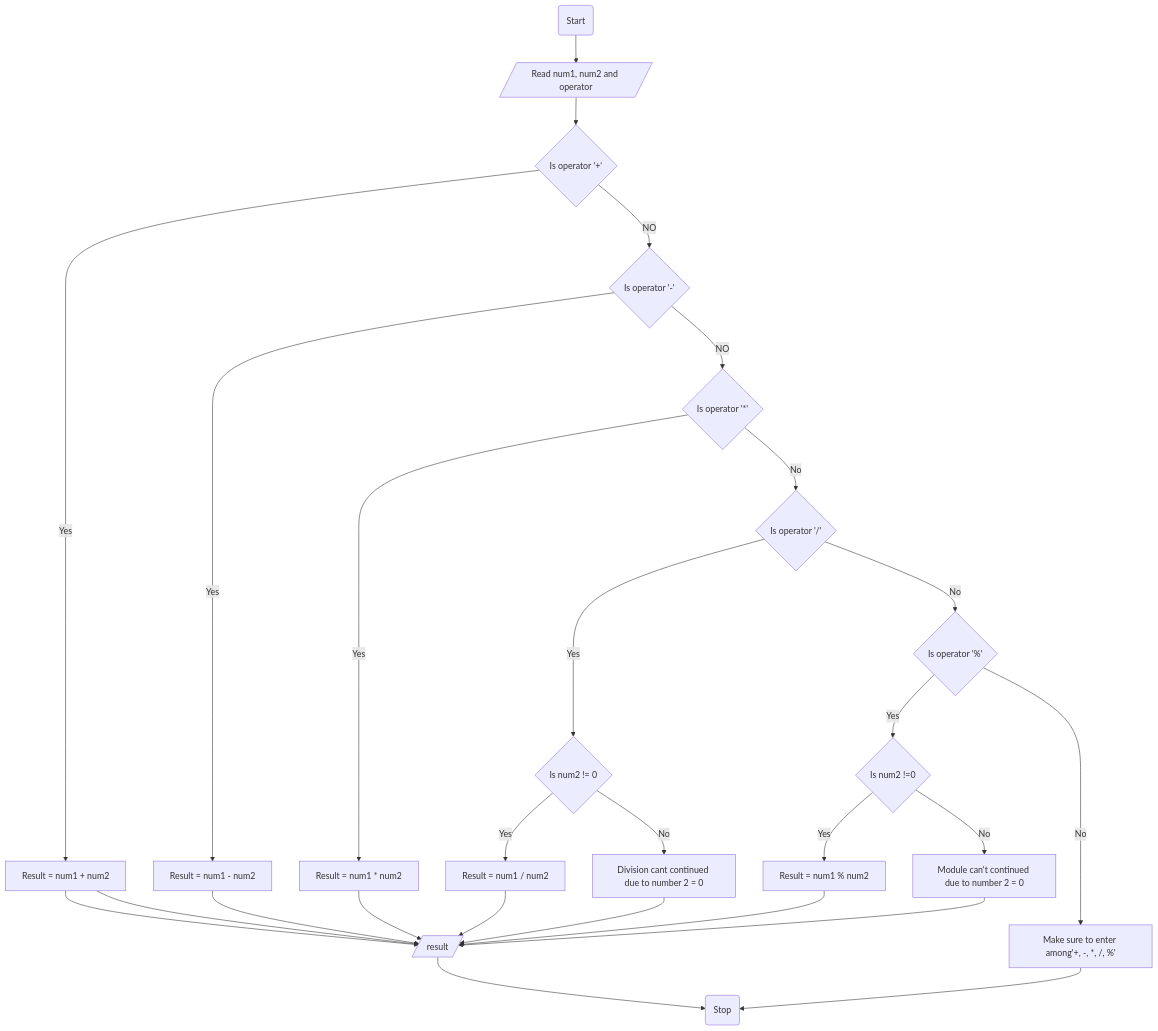
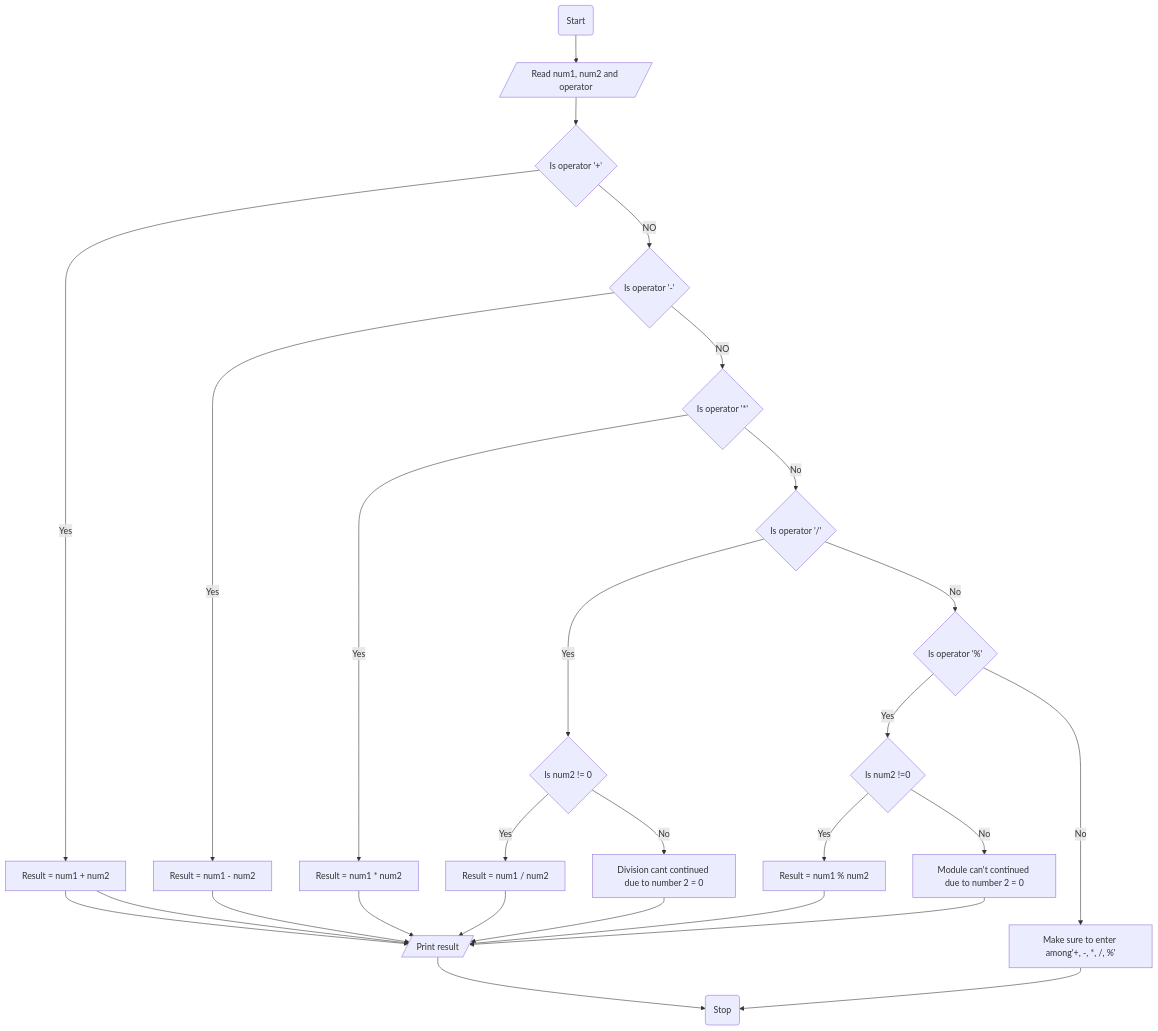
One commit to SWEG-2015EC-Batch/Code-Warrior changed the diagram in ETS1351_15_Yabets_Maregn/simple_calculator/flowchart.md. Above: the diagram before and after it, drawn with Mermaid.

````diff
--- a/ETS1351_15_Yabets_Maregn/simple_calculator/flowchart.md
+++ b/ETS1351_15_Yabets_Maregn/simple_calculator/flowchart.md
@@ -1,29 +1,29 @@
 ```mermaid
 graph TD
 A(Start) --> B[/Read num1, num2 and operator/]
 B --> C{Is operator '+'}
 C -- Yes --> D[Result = num1 + num2]
 C -- NO --> E{Is operator '-'}
 E -- Yes --> F[Result = num1 - num2]
 E -- NO --> G{Is operator '*'}
 G -- Yes --> H[Result = num1 * num2]
 G -- No --> I{Is operator '/'}
 I -- Yes --> J{Is num2 != 0}
 J -- Yes --> K[Result = num1 / num2]
 J -- No --> L[Division cant continued due to number 2 = 0]
 I -- No --> M{Is operator '%'}
 M -- Yes --> N{Is num2 !=0}
 N -- Yes --> O[Result = num1 % num2]
 N -- No --> P[Module can't continued due to number 2 = 0]
 M -- No --> Q[Make sure to enter among'+, -, *, /, %']
 Q --> S(Stop)
-D --> R[/result/]
-F --> R[/result/]
-D --> R[/result/]
-H --> R[/result/]
-K --> R[/result/]
-L --> R[/result/]
-O --> R[/result/]
-P --> R[/result/]
+D --> R[/Print result/]
+F --> R[/Print result/]
+D --> R[/Print result/]
+H --> R[/Print result/]
+K --> R[/Print result/]
+L --> R[/Print result/]
+O --> R[/Print result/]
+P --> R[/Print result/]
 R --> S
 ```
````
